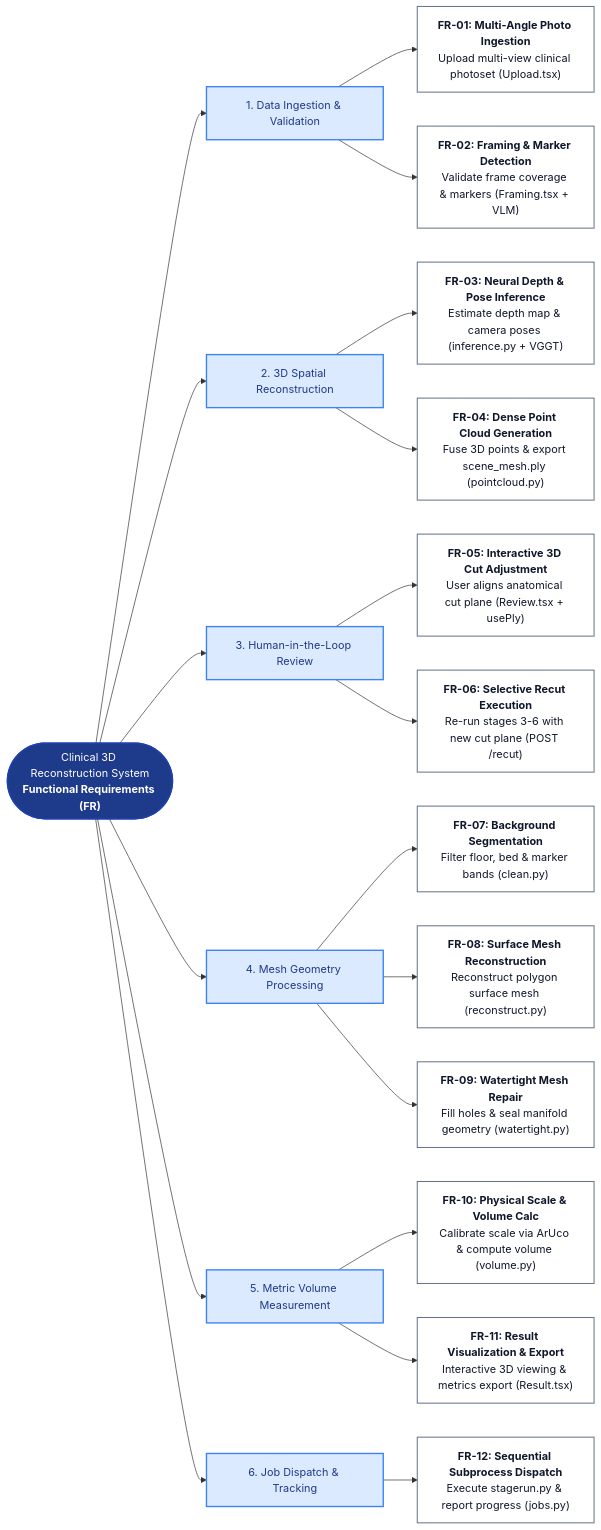
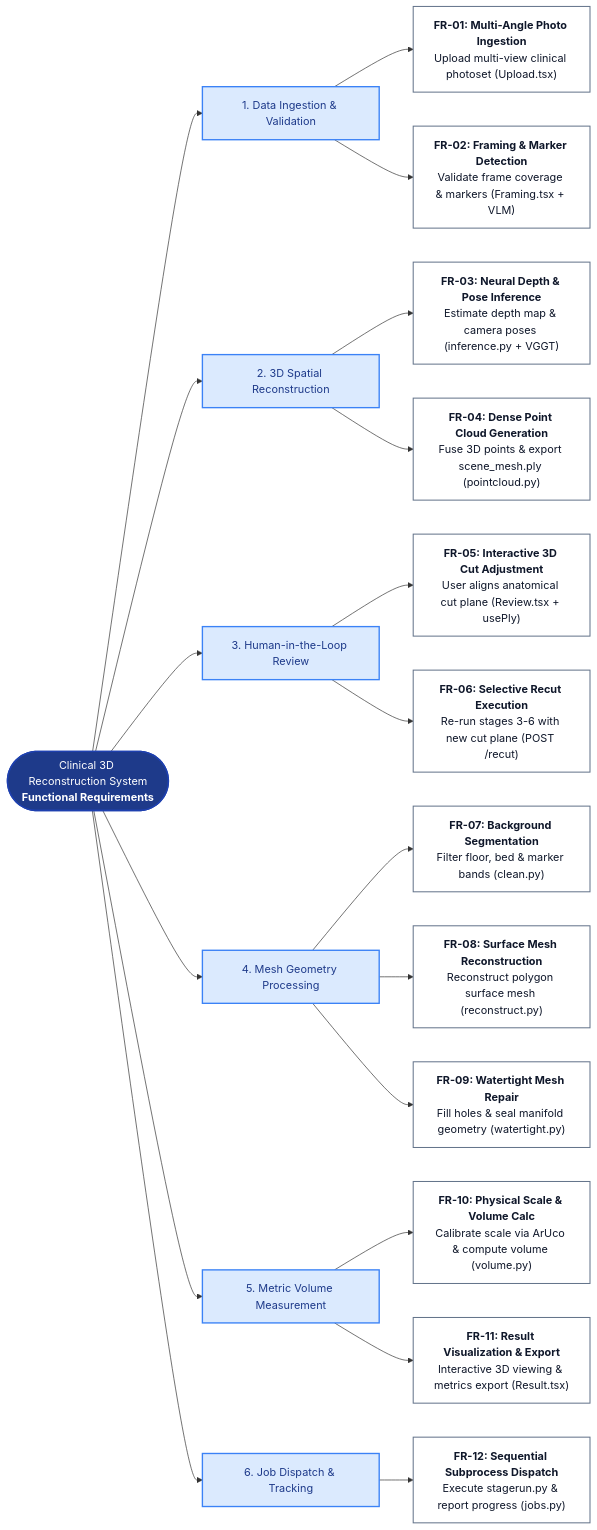
Before and after one commit to Sannn-boo/SCGProject: the diagram in Functional_Requirement.mmd, drawn with Mermaid.

Commit message:
Update title in Functional Requirements document

```diff
--- a/Functional_Requirement.mmd
+++ b/Functional_Requirement.mmd
@@ -1,41 +1,41 @@
 flowchart LR
     %% Styling Classes
     classDef rootClass fill:#1e3a8a,stroke:#1e40af,stroke-width:2px,color:#ffffff;
     classDef groupClass fill:#dbeafe,stroke:#3b82f6,stroke-width:2px,color:#1e3a8a;
     classDef frClass fill:#ffffff,stroke:#64748b,stroke-width:1.5px,color:#0f172a;
 
-    Root(["Clinical 3D Reconstruction System<br/><b>Functional Requirements (FR)</b>"]):::rootClass
+    Root(["Clinical 3D Reconstruction System<br/><b>Functional Requirements</b>"]):::rootClass
 
     %% Requirement Groups
     G1["1. Data Ingestion & Validation"]:::groupClass
     G2["2. 3D Spatial Reconstruction"]:::groupClass
     G3["3. Human-in-the-Loop Review"]:::groupClass
     G4["4. Mesh Geometry Processing"]:::groupClass
     G5["5. Metric Volume Measurement"]:::groupClass
     G6["6. Job Dispatch & Tracking"]:::groupClass
 
     Root --> G1
     Root --> G2
     Root --> G3
     Root --> G4
     Root --> G5
     Root --> G6
 
     %% Detailed Functional Requirements
     G1 --> FR01["<b>FR-01: Multi-Angle Photo Ingestion</b><br/>Upload multi-view clinical photoset (Upload.tsx)"]:::frClass
     G1 --> FR02["<b>FR-02: Framing & Marker Detection</b><br/>Validate frame coverage & markers (Framing.tsx + VLM)"]:::frClass
 
     G2 --> FR03["<b>FR-03: Neural Depth & Pose Inference</b><br/>Estimate depth map & camera poses (inference.py + VGGT)"]:::frClass
     G2 --> FR04["<b>FR-04: Dense Point Cloud Generation</b><br/>Fuse 3D points & export scene_mesh.ply (pointcloud.py)"]:::frClass
 
     G3 --> FR05["<b>FR-05: Interactive 3D Cut Adjustment</b><br/>User aligns anatomical cut plane (Review.tsx + usePly)"]:::frClass
     G3 --> FR06["<b>FR-06: Selective Recut Execution</b><br/>Re-run stages 3-6 with new cut plane (POST /recut)"]:::frClass
 
     G4 --> FR07["<b>FR-07: Background Segmentation</b><br/>Filter floor, bed & marker bands (clean.py)"]:::frClass
     G4 --> FR08["<b>FR-08: Surface Mesh Reconstruction</b><br/>Reconstruct polygon surface mesh (reconstruct.py)"]:::frClass
     G4 --> FR09["<b>FR-09: Watertight Mesh Repair</b><br/>Fill holes & seal manifold geometry (watertight.py)"]:::frClass
 
     G5 --> FR10["<b>FR-10: Physical Scale & Volume Calc</b><br/>Calibrate scale via ArUco & compute volume (volume.py)"]:::frClass
     G5 --> FR11["<b>FR-11: Result Visualization & Export</b><br/>Interactive 3D viewing & metrics export (Result.tsx)"]:::frClass
 
     G6 --> FR12["<b>FR-12: Sequential Subprocess Dispatch</b><br/>Execute stagerun.py & report progress (jobs.py)"]:::frClass
```
